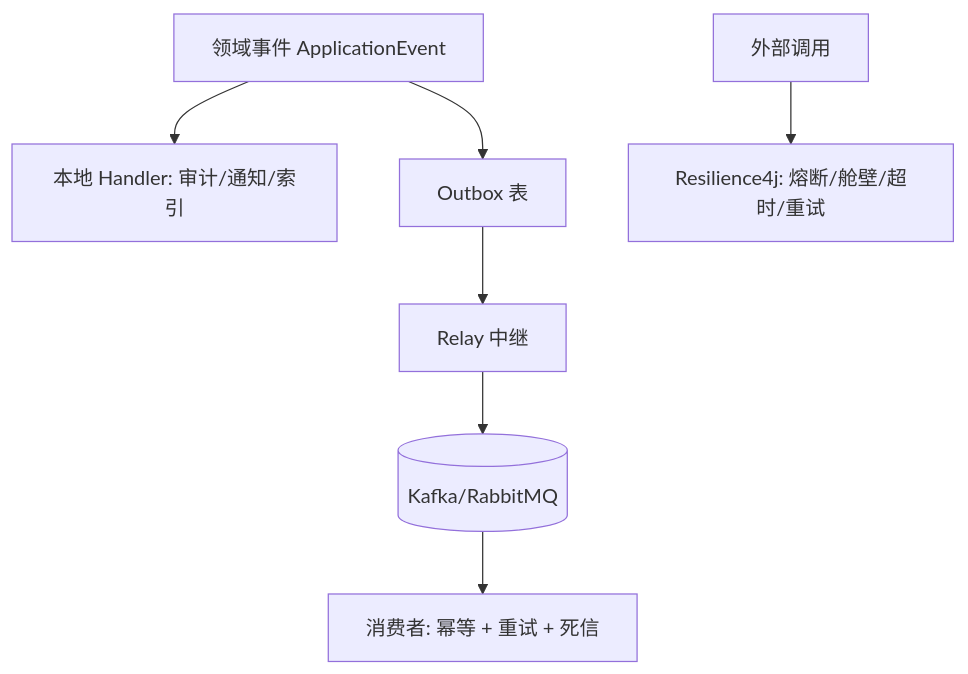
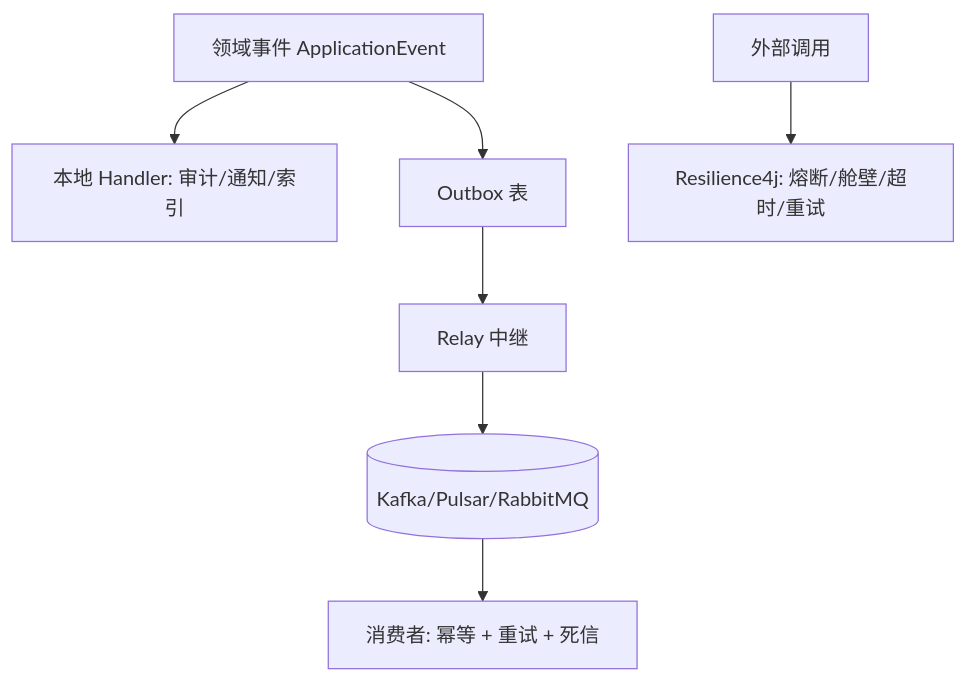
One commit to steven1213/cim-ap changed diagram 13 of 22 in docs/platform/server/README.md. Above: the diagram before and after it, drawn with Mermaid. The commit also changed other lines of this file and 90 other files, not shown here.

````diff
--- a/docs/platform/server/README.md
+++ b/docs/platform/server/README.md
@@ -1336,9 +1367,9 @@
 ```mermaid
 flowchart TB
   DOM[领域事件 ApplicationEvent] --> H[本地 Handler: 审计/通知/索引]
   DOM --> OUT[Outbox 表]
   OUT --> RELAY[Relay 中继]
-  RELAY --> MQ[(Kafka/RabbitMQ)]
+  RELAY --> MQ[(Kafka/Pulsar/RabbitMQ)]
   MQ --> CONS[消费者: 幂等 + 重试 + 死信]
   SVC[外部调用] --> RES[Resilience4j: 熔断/舱壁/超时/重试]
 ```
````
